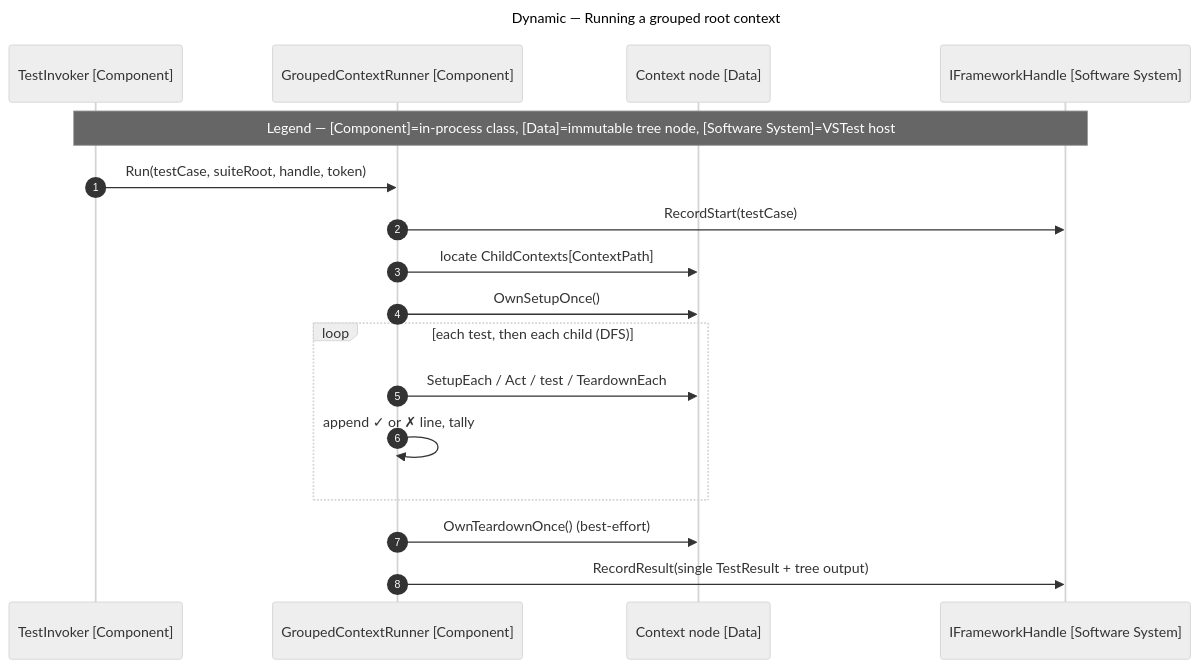
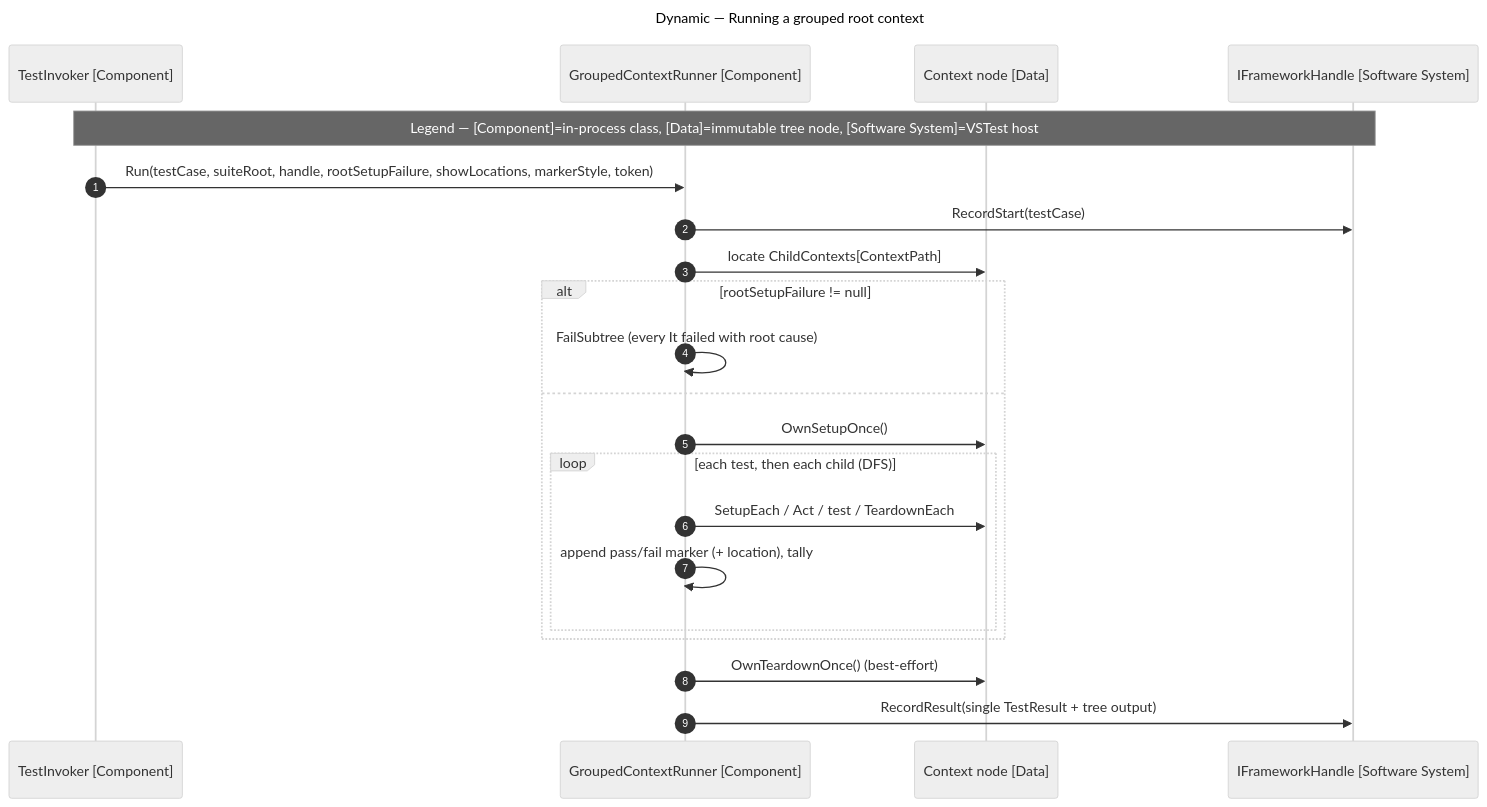
Before and after one commit to yozepi/Specs: diagram 12 of 15 in memory-bank/systemPatterns.md, drawn with Mermaid. The commit also changed other lines of this file and 30 other files, not shown here.

````diff
--- a/memory-bank/systemPatterns.md
+++ b/memory-bank/systemPatterns.md
@@ -416,23 +545,27 @@
 ```mermaid
 ---
 title: "Dynamic — Running a grouped root context"
 ---
 %%{init: {'theme': 'neutral'}}%%
 sequenceDiagram
     autonumber
     participant INV as TestInvoker [Component]
     participant GR as GroupedContextRunner [Component]
     participant N as Context node [Data]
     participant FH as IFrameworkHandle [Software System]
     Note over INV,FH: Legend — [Component]=in-process class, [Data]=immutable tree node, [Software System]=VSTest host
-    INV->>GR: Run(testCase, suiteRoot, handle, token)
+    INV->>GR: Run(testCase, suiteRoot, handle, rootSetupFailure, showLocations, markerStyle, token)
     GR->>FH: RecordStart(testCase)
     GR->>N: locate ChildContexts[ContextPath]
+    alt rootSetupFailure != null
+        GR->>GR: FailSubtree (every It failed with root cause)
+    else
     GR->>N: OwnSetupOnce()
     loop each test, then each child (DFS)
         GR->>N: SetupEach / Act / test / TeardownEach
-        GR->>GR: append ✓ or ✗ line, tally
+        GR->>GR: append pass/fail marker (+ location), tally
+    end
     end
     GR->>N: OwnTeardownOnce() (best-effort)
     GR->>FH: RecordResult(single TestResult + tree output)
 ```
````
